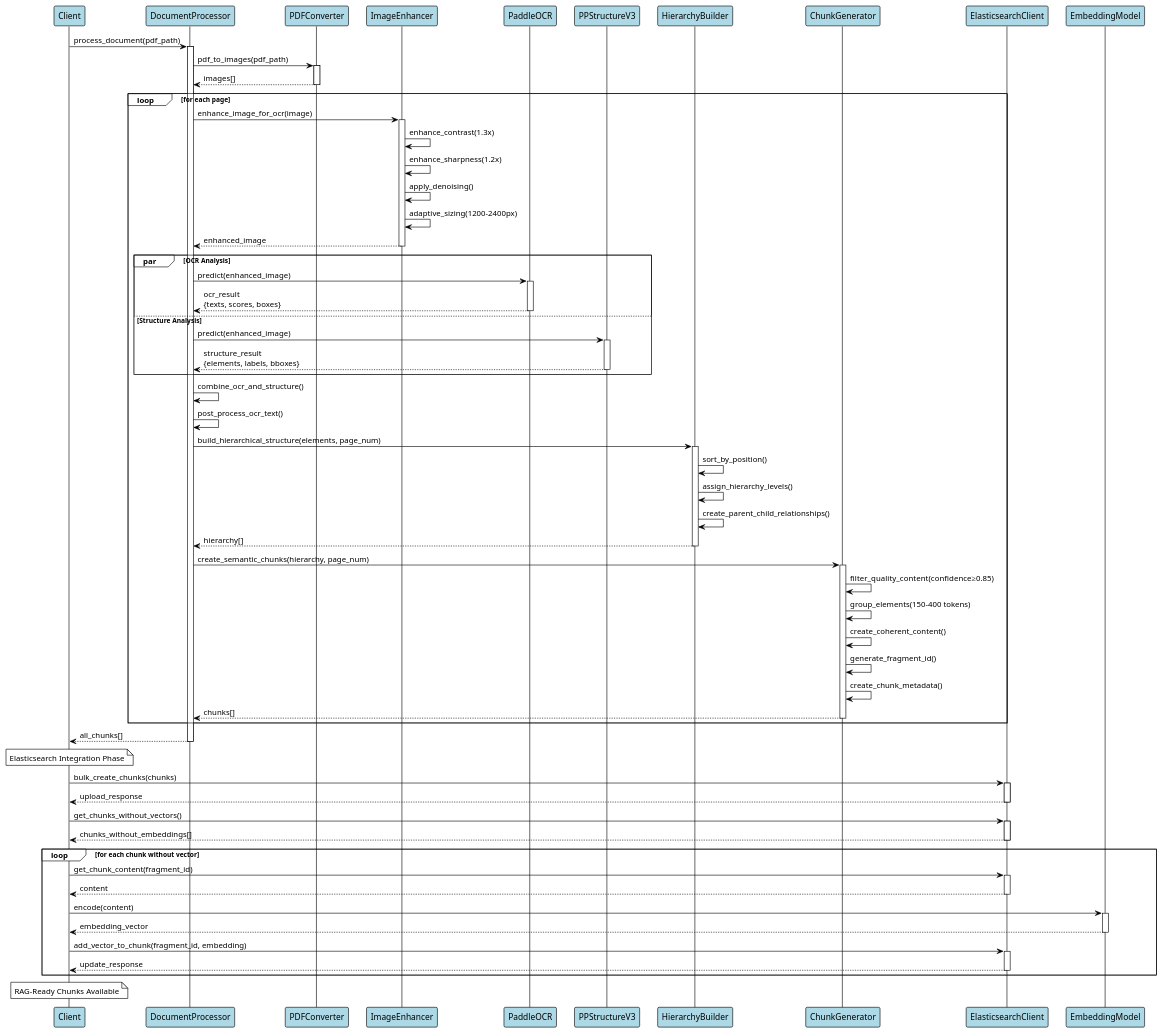
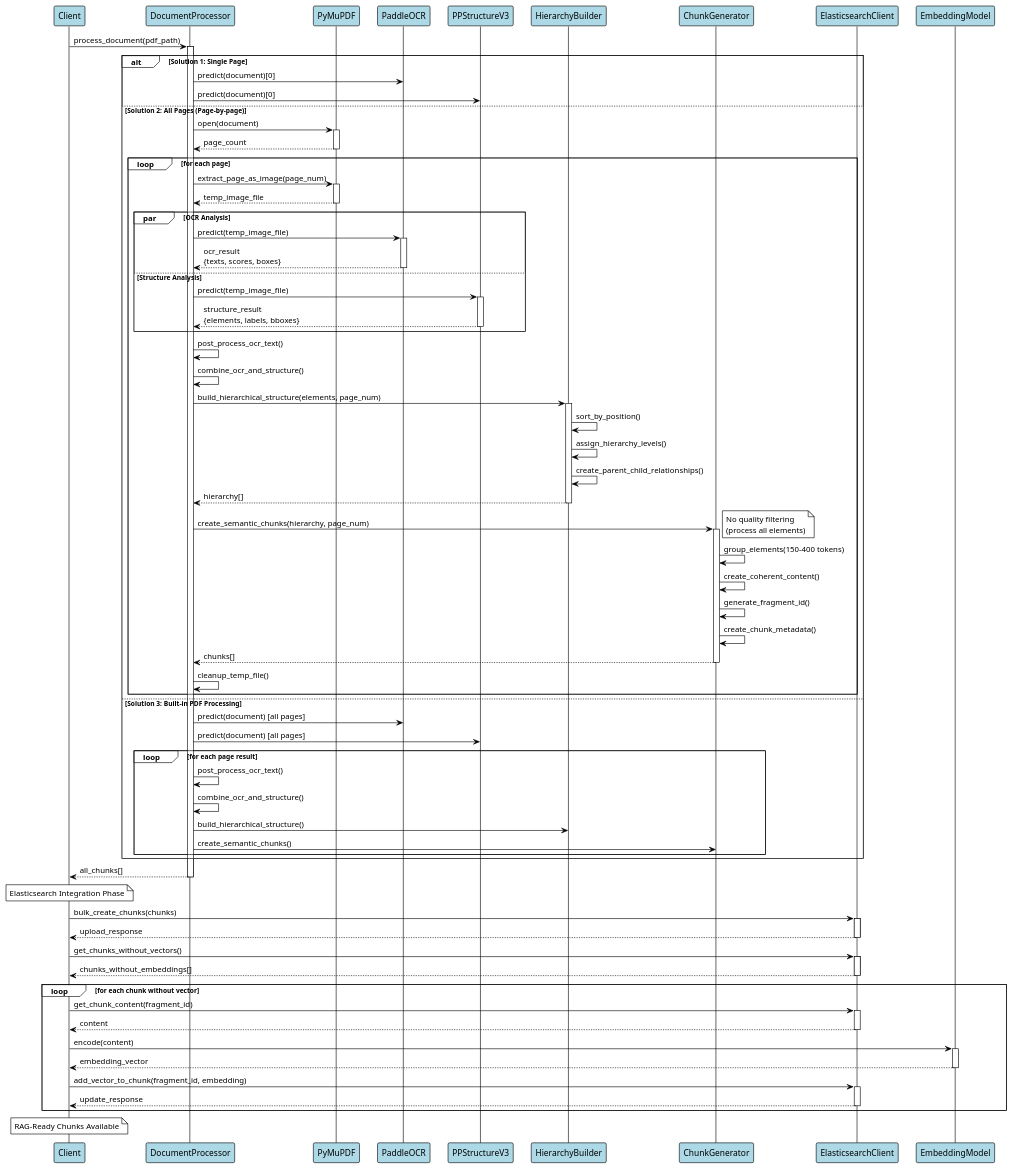
The diagram in diagrams/sequence_diagram.puml (devulogi/customocr), drawn with PlantUML before and after one commit. The commit also changed 3 other files, not shown here.

First line of the commit message:
docs: update diagrams to reflect multi-page processing changes

```diff
--- a/diagrams/sequence_diagram.puml
+++ b/diagrams/sequence_diagram.puml
@@ -1,105 +1,117 @@
 @startuml Enhanced Document Processor Sequence Diagram
 !theme plain
 skinparam participant {
     BackgroundColor lightblue
     BorderColor black
 }
 
 participant "Client" as C
 participant "DocumentProcessor" as DP
-participant "PDFConverter" as PDF
-participant "ImageEnhancer" as IE
+participant "PyMuPDF" as PDF
 participant "PaddleOCR" as OCR
 participant "PPStructureV3" as PS
 participant "HierarchyBuilder" as HB
 participant "ChunkGenerator" as CG
 participant "ElasticsearchClient" as ES
 participant "EmbeddingModel" as EM
 
 C -> DP: process_document(pdf_path)
 activate DP
 
-DP -> PDF: pdf_to_images(pdf_path)
-activate PDF
-PDF --> DP: images[]
-deactivate PDF
-
-loop for each page
-    DP -> IE: enhance_image_for_ocr(image)
-    activate IE
-    IE -> IE: enhance_contrast(1.3x)
-    IE -> IE: enhance_sharpness(1.2x)
-    IE -> IE: apply_denoising()
-    IE -> IE: adaptive_sizing(1200-2400px)
-    IE --> DP: enhanced_image
-    deactivate IE
+alt Solution 1: Single Page
+    DP -> OCR: predict(document)[0]
+    DP -> PS: predict(document)[0]
+else Solution 2: All Pages (Page-by-page)
+    DP -> PDF: open(document)
+    activate PDF
+    PDF --> DP: page_count
+    deactivate PDF
     
-    par OCR Analysis
-        DP -> OCR: predict(enhanced_image)
-        activate OCR
-        OCR --> DP: ocr_result\n{texts, scores, boxes}
-        deactivate OCR
-    else Structure Analysis
-        DP -> PS: predict(enhanced_image)
-        activate PS
-        PS --> DP: structure_result\n{elements, labels, bboxes}
-        deactivate PS
+    loop for each page
+        DP -> PDF: extract_page_as_image(page_num)
+        activate PDF
+        PDF --> DP: temp_image_file
+        deactivate PDF
+        
+        par OCR Analysis
+            DP -> OCR: predict(temp_image_file)
+            activate OCR
+            OCR --> DP: ocr_result\n{texts, scores, boxes}
+            deactivate OCR
+        else Structure Analysis
+            DP -> PS: predict(temp_image_file)
+            activate PS
+            PS --> DP: structure_result\n{elements, labels, bboxes}
+            deactivate PS
+        end
+        
+        DP -> DP: post_process_ocr_text()
+        DP -> DP: combine_ocr_and_structure()
+        
+        DP -> HB: build_hierarchical_structure(elements, page_num)
+        activate HB
+        HB -> HB: sort_by_position()
+        HB -> HB: assign_hierarchy_levels()
+        HB -> HB: create_parent_child_relationships()
+        HB --> DP: hierarchy[]
+        deactivate HB
+        
+        DP -> CG: create_semantic_chunks(hierarchy, page_num)
+        activate CG
+        note right: No quality filtering\n(process all elements)
+        CG -> CG: group_elements(150-400 tokens)
+        CG -> CG: create_coherent_content()
+        CG -> CG: generate_fragment_id()
+        CG -> CG: create_chunk_metadata()
+        CG --> DP: chunks[]
+        deactivate CG
+        
+        DP -> DP: cleanup_temp_file()
     end
+else Solution 3: Built-in PDF Processing
+    DP -> OCR: predict(document) [all pages]
+    DP -> PS: predict(document) [all pages]
     
-    DP -> DP: combine_ocr_and_structure()
-    DP -> DP: post_process_ocr_text()
-    
-    DP -> HB: build_hierarchical_structure(elements, page_num)
-    activate HB
-    HB -> HB: sort_by_position()
-    HB -> HB: assign_hierarchy_levels()
-    HB -> HB: create_parent_child_relationships()
-    HB --> DP: hierarchy[]
-    deactivate HB
-    
-    DP -> CG: create_semantic_chunks(hierarchy, page_num)
-    activate CG
-    CG -> CG: filter_quality_content(confidence≥0.85)
-    CG -> CG: group_elements(150-400 tokens)
-    CG -> CG: create_coherent_content()
-    CG -> CG: generate_fragment_id()
-    CG -> CG: create_chunk_metadata()
-    CG --> DP: chunks[]
-    deactivate CG
+    loop for each page result
+        DP -> DP: post_process_ocr_text()
+        DP -> DP: combine_ocr_and_structure()
+        DP -> HB: build_hierarchical_structure()
+        DP -> CG: create_semantic_chunks()
+    end
 end
 
 DP --> C: all_chunks[]
 deactivate DP
 
 note over C: Elasticsearch Integration Phase
 
 C -> ES: bulk_create_chunks(chunks)
 activate ES
 ES --> C: upload_response
 deactivate ES
 
 C -> ES: get_chunks_without_vectors()
 activate ES
 ES --> C: chunks_without_embeddings[]
 deactivate ES
 
 loop for each chunk without vector
     C -> ES: get_chunk_content(fragment_id)
     activate ES
     ES --> C: content
     deactivate ES
     
     C -> EM: encode(content)
     activate EM
     EM --> C: embedding_vector
     deactivate EM
     
     C -> ES: add_vector_to_chunk(fragment_id, embedding)
     activate ES
     ES --> C: update_response
     deactivate ES
 end
 
 note over C: RAG-Ready Chunks Available
 
 @enduml
```
